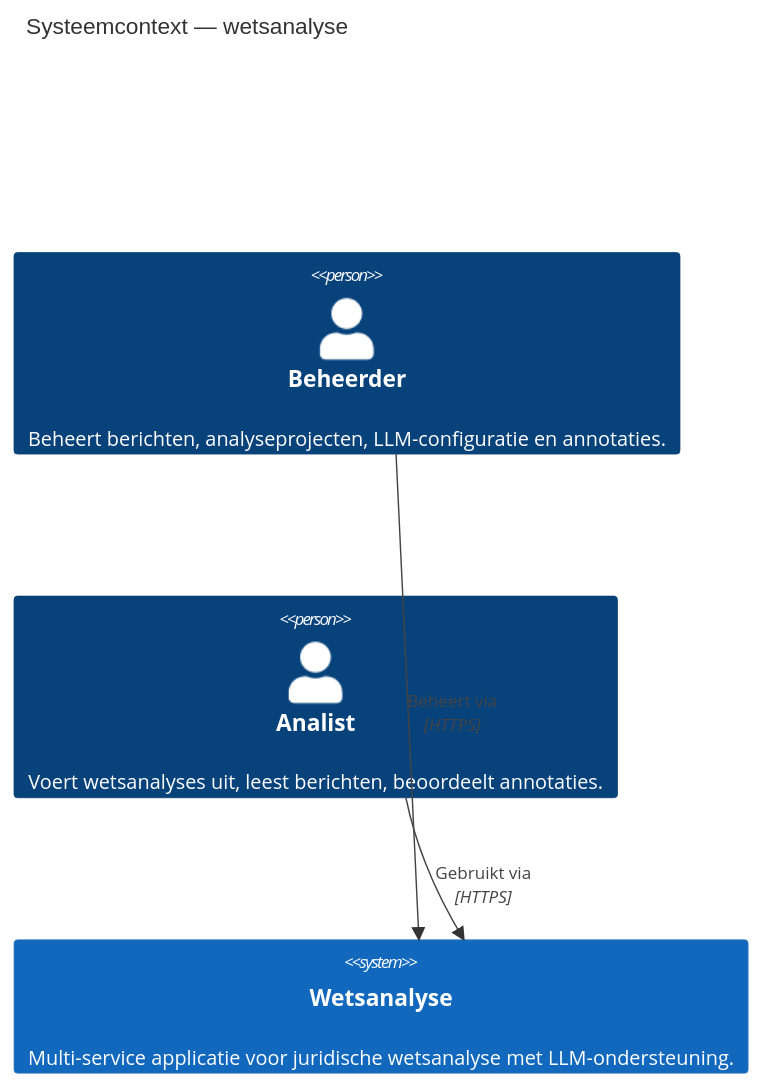
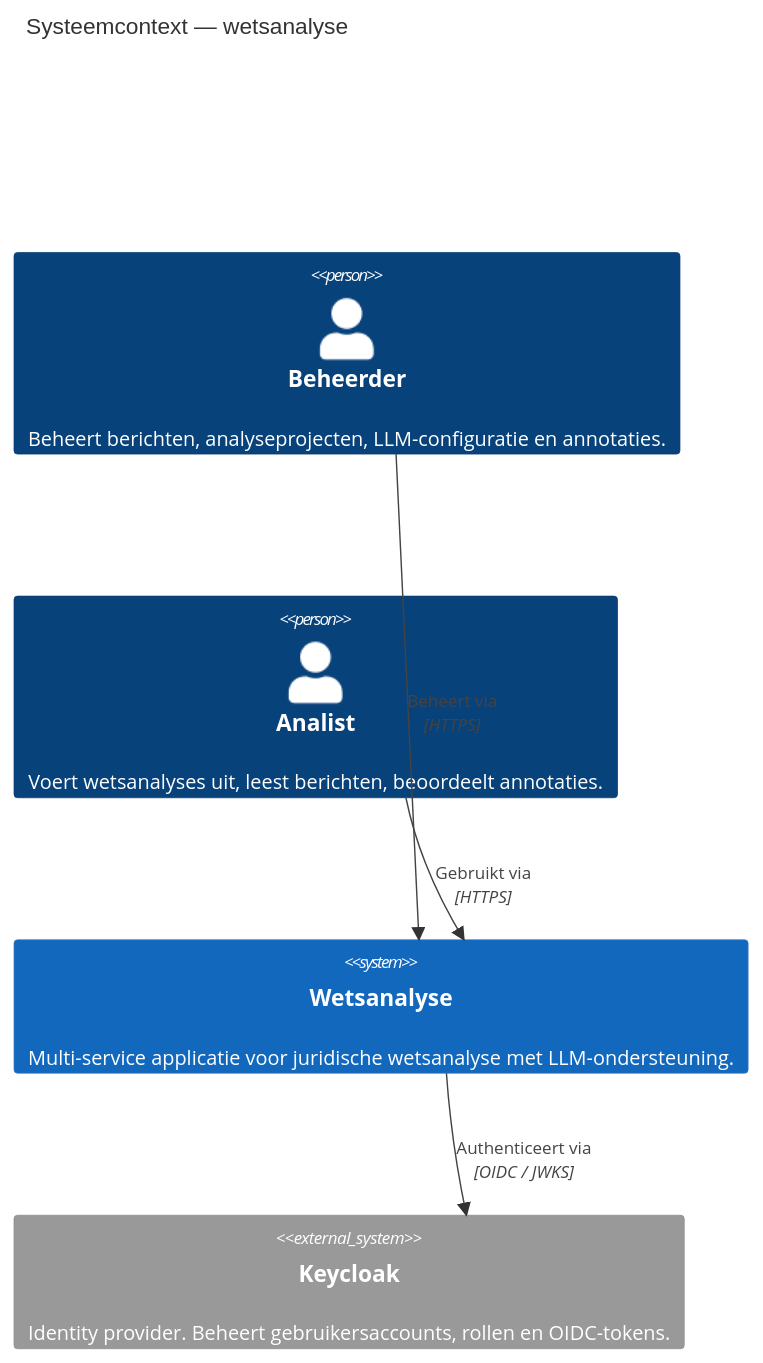
Before and after one commit to jaas0000/lexplainables: the first of 4 diagrams in docs/architectuur/c4-model.md, drawn with Mermaid. The commit also changed other lines of this file and 26 other files, not shown here.

````diff
--- a/docs/architectuur/c4-model.md
+++ b/docs/architectuur/c4-model.md
@@ -15,12 +15,14 @@
 ```mermaid
 C4Context
   title Systeemcontext — wetsanalyse
 
   Person(beheerder, "Beheerder", "Beheert berichten, analyseprojecten, LLM-configuratie en annotaties.")
   Person(analist, "Analist", "Voert wetsanalyses uit, leest berichten, beoordeelt annotaties.")
 
   System(wetsanalyse, "Wetsanalyse", "Multi-service applicatie voor juridische wetsanalyse met LLM-ondersteuning.")
+  System_Ext(keycloak, "Keycloak", "Identity provider. Beheert gebruikersaccounts, rollen en OIDC-tokens.")
 
   Rel(beheerder, wetsanalyse, "Beheert via", "HTTPS")
   Rel(analist, wetsanalyse, "Gebruikt via", "HTTPS")
+  Rel(wetsanalyse, keycloak, "Authenticeert via", "OIDC / JWKS")
 ```
````
